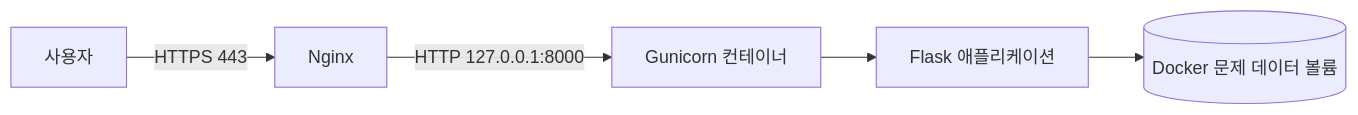
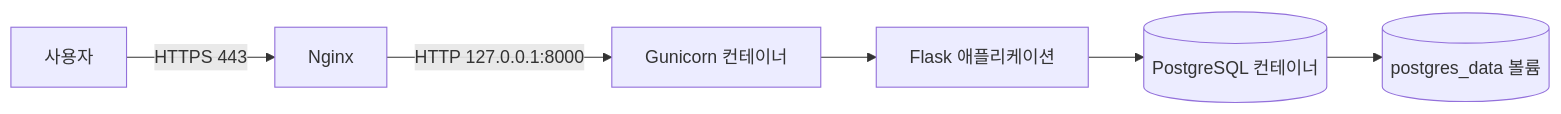
One commit to yangsong3/ml_class_testexam_web changed the diagram in Deploy.md. Above: the diagram before and after it, drawn with Mermaid. The commit also changed other lines of this file and 24 other files, not shown here.

````diff
--- a/Deploy.md
+++ b/Deploy.md
@@ -19,7 +19,8 @@
 ```mermaid
 flowchart LR
     U[사용자] -->|HTTPS 443| N[Nginx]
     N -->|HTTP 127.0.0.1:8000| G[Gunicorn 컨테이너]
     G --> F[Flask 애플리케이션]
-    F --> J[(Docker 문제 데이터 볼륨)]
+    F --> P[(PostgreSQL 컨테이너)]
+    P --> V[(postgres_data 볼륨)]
 ```
````
